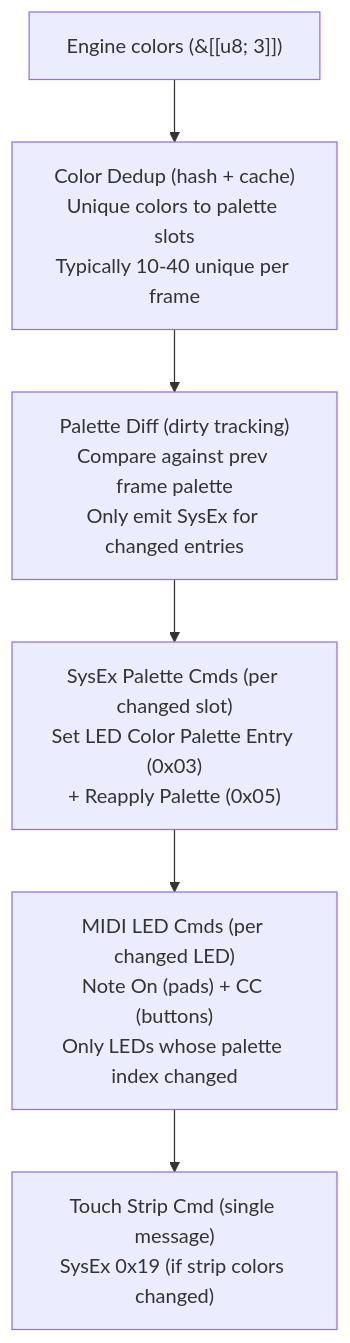
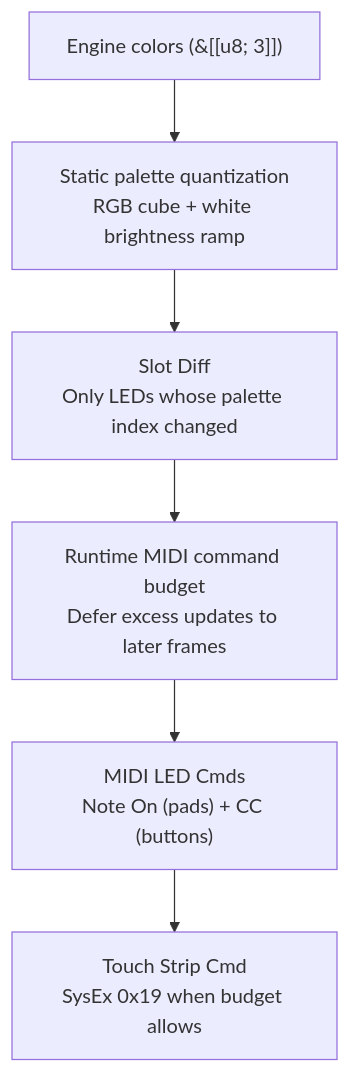
Before and after one commit to hyperb1iss/hypercolor: the diagram in docs/specs/28-ableton-push2-driver.md, drawn with Mermaid. The commit also changed other lines of this file and 3 other files, not shown here.

First line of the commit message:
fix(push2): remove runtime palette floods

````diff
--- a/docs/specs/28-ableton-push2-driver.md
+++ b/docs/specs/28-ableton-push2-driver.md
@@ -1005,11 +1007,11 @@
 ```mermaid
 graph TD
     Input["Engine colors (&[[u8; 3]])"]
-    Dedup["Color Dedup (hash + cache)<br/>Unique colors to palette slots<br/>Typically 10-40 unique per frame"]
-    Diff["Palette Diff (dirty tracking)<br/>Compare against prev frame palette<br/>Only emit SysEx for changed entries"]
-    SysEx["SysEx Palette Cmds (per changed slot)<br/>Set LED Color Palette Entry (0x03)<br/>+ Reapply Palette (0x05)"]
-    MIDI["MIDI LED Cmds (per changed LED)<br/>Note On (pads) + CC (buttons)<br/>Only LEDs whose palette index changed"]
-    Strip["Touch Strip Cmd (single message)<br/>SysEx 0x19 (if strip colors changed)"]
+    Quantize["Static palette quantization<br/>RGB cube + white brightness ramp"]
+    Diff["Slot Diff<br/>Only LEDs whose palette index changed"]
+    Budget["Runtime MIDI command budget<br/>Defer excess updates to later frames"]
+    MIDI["MIDI LED Cmds<br/>Note On (pads) + CC (buttons)"]
+    Strip["Touch Strip Cmd<br/>SysEx 0x19 when budget allows"]
 
-    Input --> Dedup --> Diff --> SysEx --> MIDI --> Strip
+    Input --> Quantize --> Diff --> Budget --> MIDI --> Strip
 ```
````
